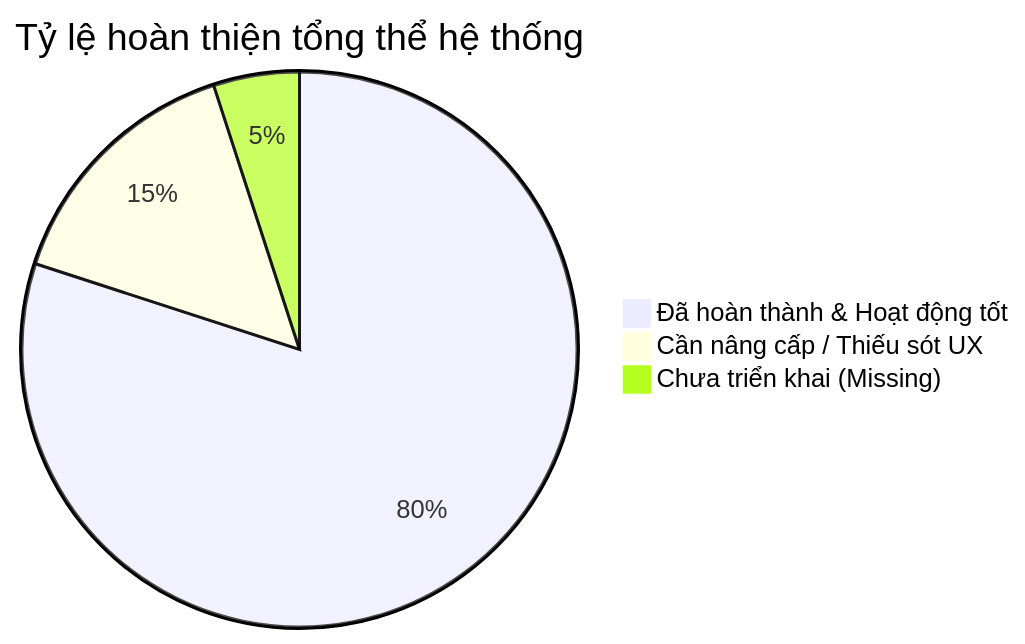
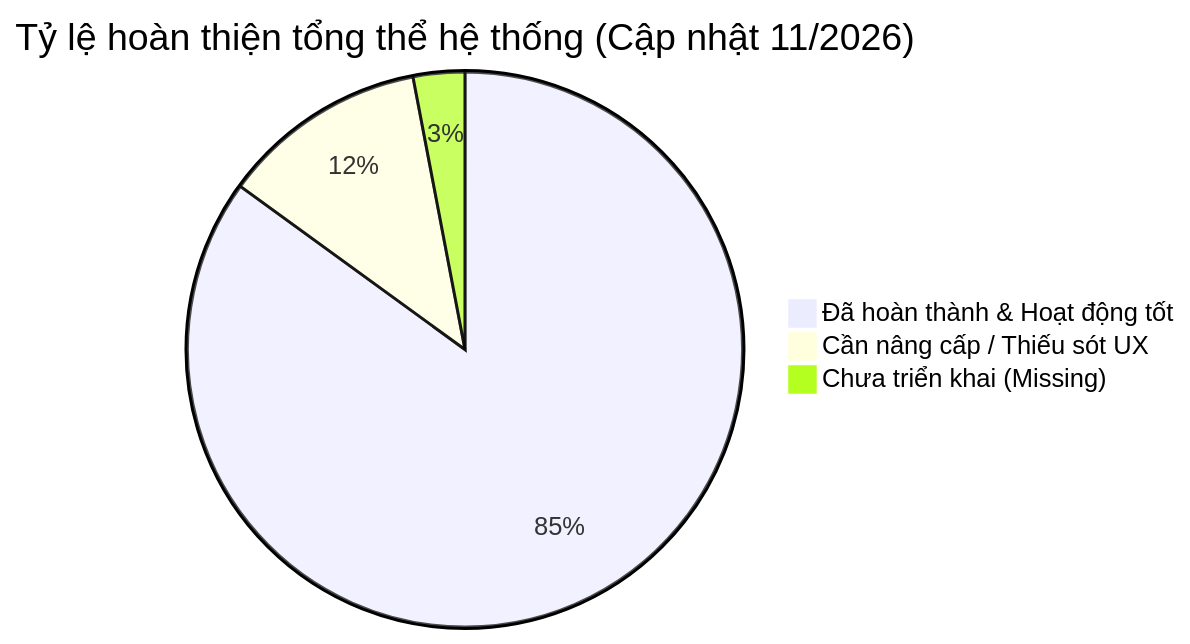
Before and after one commit to lebao2612/E-Communi: the diagram in docs/SUMMARY.md, drawn with Mermaid. The commit also changed other lines of this file and 23 other files, not shown here.

````diff
--- a/docs/SUMMARY.md
+++ b/docs/SUMMARY.md
@@ -40,6 +42,6 @@
 ```mermaid
-pie title Tỷ lệ hoàn thiện tổng thể hệ thống
-    "Đã hoàn thành & Hoạt động tốt" : 80
-    "Cần nâng cấp / Thiếu sót UX" : 15
-    "Chưa triển khai (Missing)" : 5
+pie title Tỷ lệ hoàn thiện tổng thể hệ thống (Cập nhật 11/2026)
+    "Đã hoàn thành & Hoạt động tốt" : 85
+    "Cần nâng cấp / Thiếu sót UX" : 12
+    "Chưa triển khai (Missing)" : 3
 ```
````
